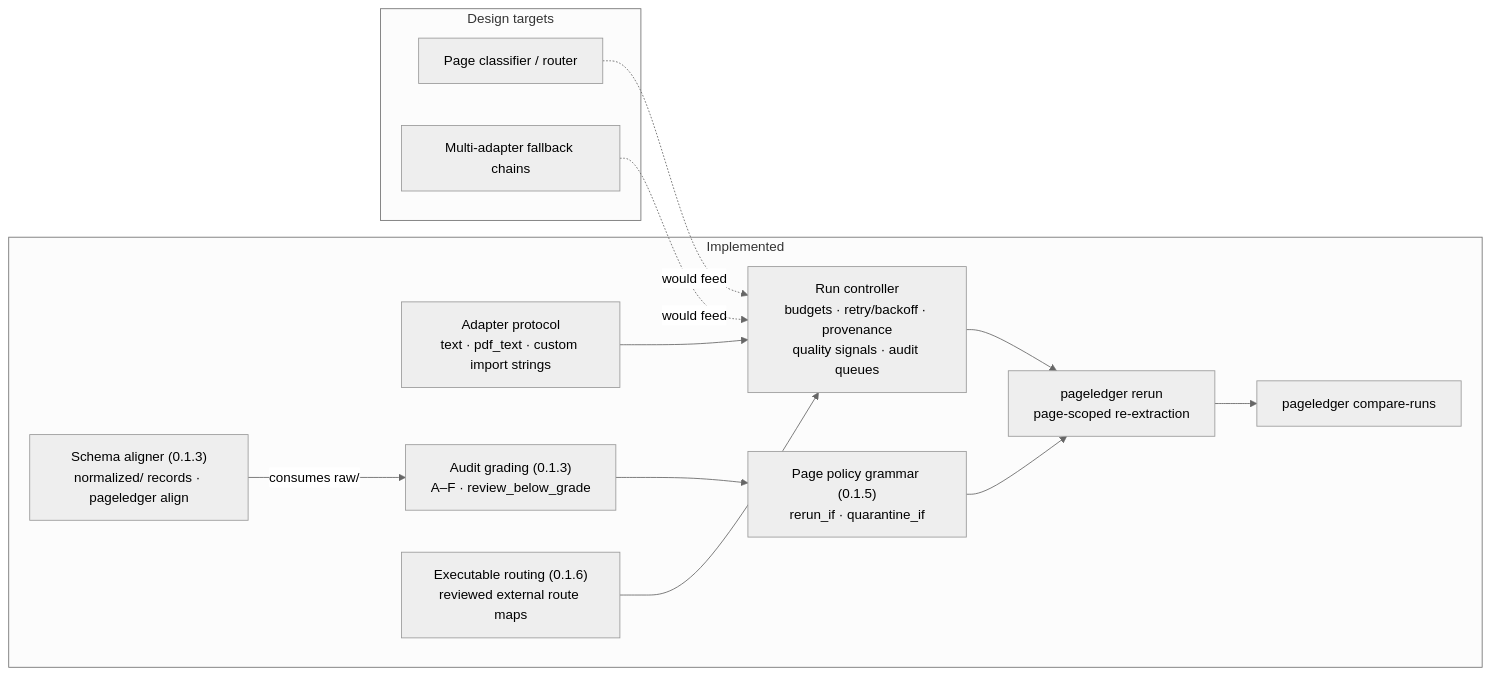
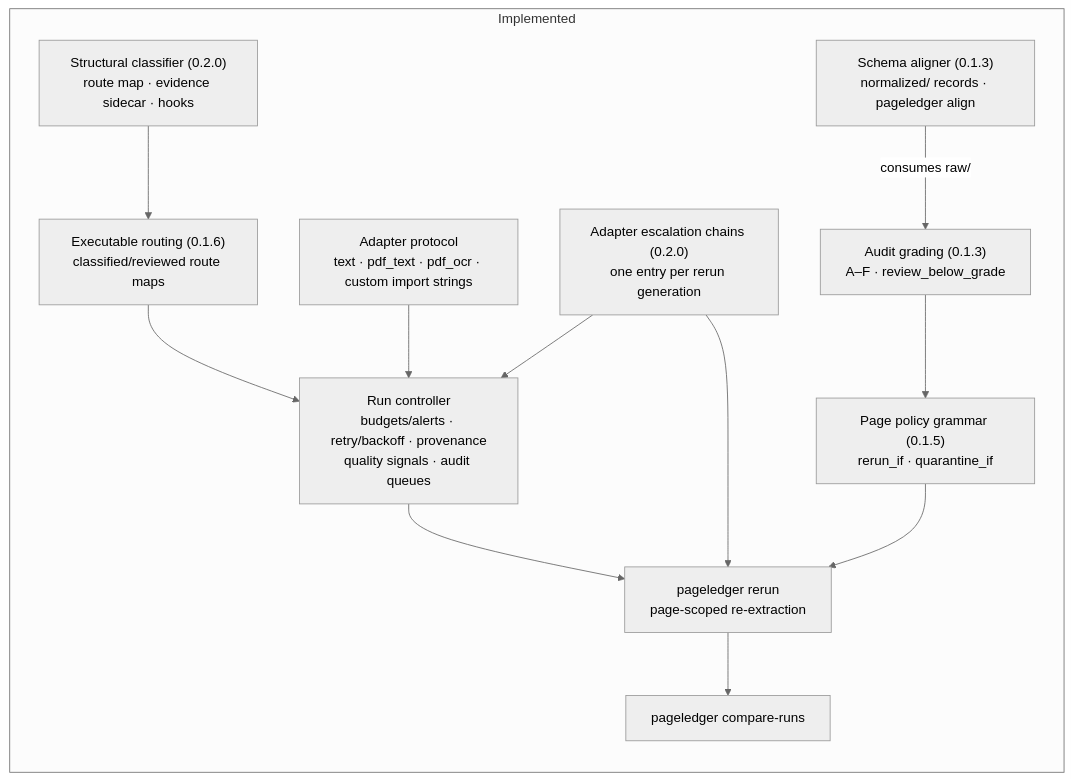
The diagram in docs/design.md (peterbussch/pageledger), drawn with Mermaid (neutral theme) before and after one commit. The commit also changed other lines of this file and 4 other files, not shown here.

````diff
--- a/docs/design.md
+++ b/docs/design.md
@@ -13,24 +10,23 @@
 ```mermaid
 flowchart LR
     subgraph Shipped["Implemented"]
-        RC["Run controller<br/>budgets · retry/backoff · provenance<br/>quality signals · audit queues"]
-        AP["Adapter protocol<br/>text · pdf_text · custom import strings"]
+        RC["Run controller<br/>budgets/alerts · retry/backoff · provenance<br/>quality signals · audit queues"]
+        AP["Adapter protocol<br/>text · pdf_text · pdf_ocr · custom import strings"]
+        CL["Structural classifier (0.2.0)<br/>route map · evidence sidecar · hooks"]
+        CHAIN["Adapter escalation chains (0.2.0)<br/>one entry per rerun generation"]
         SA["Schema aligner (0.1.3)<br/>normalized/ records · pageledger align"]
         AG["Audit grading (0.1.3)<br/>A–F · review_below_grade"]
         RIF["Page policy grammar (0.1.5)<br/>rerun_if · quarantine_if"]
-        ER["Executable routing (0.1.6)<br/>reviewed external route maps"]
+        ER["Executable routing (0.1.6)<br/>classified/reviewed route maps"]
         RR["pageledger rerun<br/>page-scoped re-extraction"]
         CMP["pageledger compare-runs"]
     end
-    subgraph Targets["Design targets"]
-        CL["Page classifier / router"]
-        CHAIN["Multi-adapter fallback chains"]
-    end
-    CL -. "would feed" .-> RC
+    CL --> ER
     ER --> RC
     RC --> RR --> CMP
     AP --> RC
+    CHAIN --> RC
+    CHAIN --> RR
     SA -- "consumes raw/" --> AG
     AG --> RIF --> RR
-    CHAIN -. "would feed" .-> RC
 ```
````
